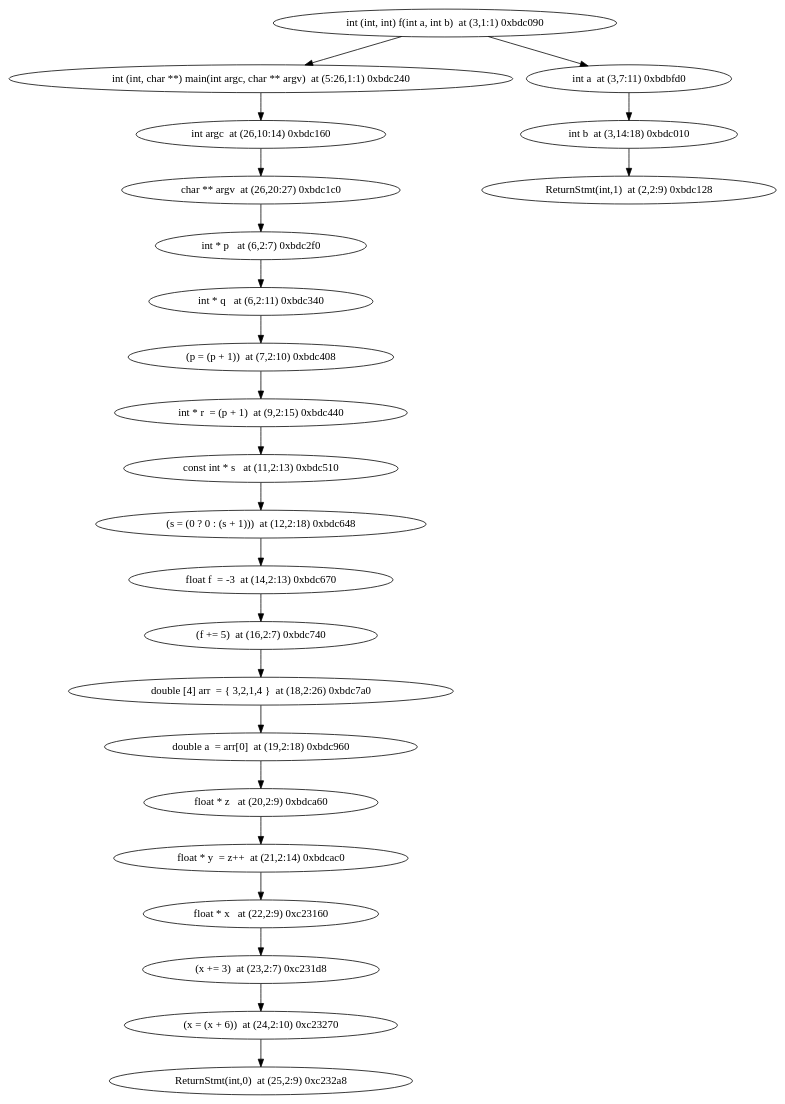
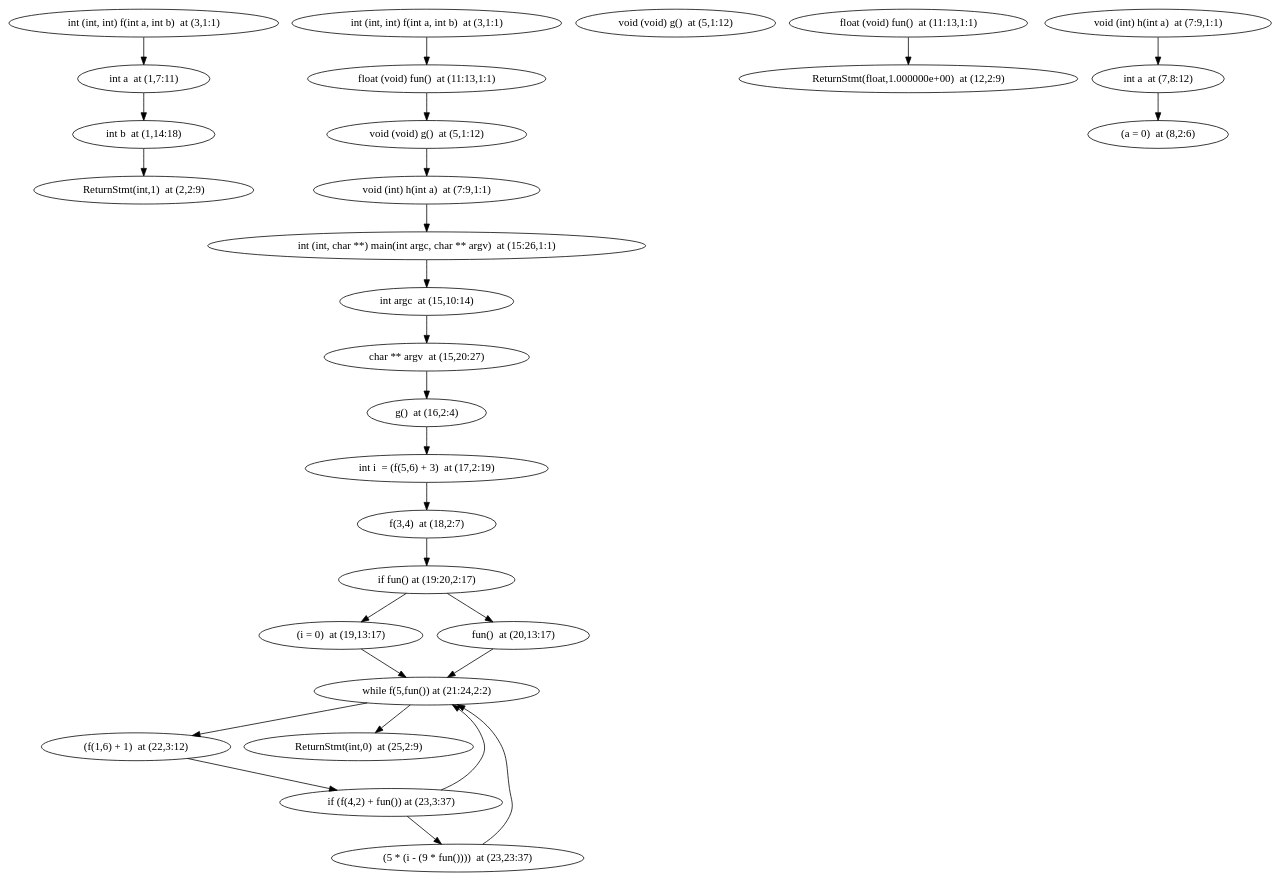
The diagram in ModelChecker/unitary_tests/Model_checker/test.dot (jxw1102/Projet-merou), drawn with Graphviz before and after one commit. The commit also changed 12 other files, not shown here.

```diff
--- a/ModelChecker/unitary_tests/Model_checker/test.dot
+++ b/ModelChecker/unitary_tests/Model_checker/test.dot
@@ -1,26 +1,33 @@
 digraph {
-"int (int, int) f(int a, int b)  at (3,1:1) 0xbdc090" -> "int (int, char **) main(int argc, char ** argv)  at (5:26,1:1) 0xbdc240"
-"int (int, char **) main(int argc, char ** argv)  at (5:26,1:1) 0xbdc240" -> "int argc  at (26,10:14) 0xbdc160"
-"int argc  at (26,10:14) 0xbdc160" -> "char ** argv  at (26,20:27) 0xbdc1c0"
-"char ** argv  at (26,20:27) 0xbdc1c0" -> "int * p   at (6,2:7) 0xbdc2f0"
-"int * p   at (6,2:7) 0xbdc2f0" -> "int * q   at (6,2:11) 0xbdc340"
-"int * q   at (6,2:11) 0xbdc340" -> "(p = (p + 1))  at (7,2:10) 0xbdc408"
-"(p = (p + 1))  at (7,2:10) 0xbdc408" -> "int * r  = (p + 1)  at (9,2:15) 0xbdc440"
-"int * r  = (p + 1)  at (9,2:15) 0xbdc440" -> "const int * s   at (11,2:13) 0xbdc510"
-"const int * s   at (11,2:13) 0xbdc510" -> "(s = (0 ? 0 : (s + 1)))  at (12,2:18) 0xbdc648"
-"(s = (0 ? 0 : (s + 1)))  at (12,2:18) 0xbdc648" -> "float f  = -3  at (14,2:13) 0xbdc670"
-"float f  = -3  at (14,2:13) 0xbdc670" -> "(f += 5)  at (16,2:7) 0xbdc740"
-"(f += 5)  at (16,2:7) 0xbdc740" -> "double [4] arr  = { 3,2,1,4 }  at (18,2:26) 0xbdc7a0"
-"double [4] arr  = { 3,2,1,4 }  at (18,2:26) 0xbdc7a0" -> "double a  = arr[0]  at (19,2:18) 0xbdc960"
-"double a  = arr[0]  at (19,2:18) 0xbdc960" -> "float * z   at (20,2:9) 0xbdca60"
-"float * z   at (20,2:9) 0xbdca60" -> "float * y  = z++  at (21,2:14) 0xbdcac0"
-"float * y  = z++  at (21,2:14) 0xbdcac0" -> "float * x   at (22,2:9) 0xc23160"
-"float * x   at (22,2:9) 0xc23160" -> "(x += 3)  at (23,2:7) 0xc231d8"
-"(x += 3)  at (23,2:7) 0xc231d8" -> "(x = (x + 6))  at (24,2:10) 0xc23270"
-"(x = (x + 6))  at (24,2:10) 0xc23270" -> "ReturnStmt(int,0)  at (25,2:9) 0xc232a8"
-"ReturnStmt(int,0)  at (25,2:9) 0xc232a8"
-"int (int, int) f(int a, int b)  at (3,1:1) 0xbdc090" -> "int a  at (3,7:11) 0xbdbfd0"
-"int a  at (3,7:11) 0xbdbfd0" -> "int b  at (3,14:18) 0xbdc010"
-"int b  at (3,14:18) 0xbdc010" -> "ReturnStmt(int,1)  at (2,2:9) 0xbdc128"
-"ReturnStmt(int,1)  at (2,2:9) 0xbdc128"
+{id0x102825fd0 [label="int (int, int) f(int a, int b)  at (3,1:1)"]} -> {id0x102825e90 [label="int a  at (1,7:11)"]}
+{id0x102825e90 [label="int a  at (1,7:11)"]} -> {id0x102825f00 [label="int b  at (1,14:18)"]}
+{id0x102825f00 [label="int b  at (1,14:18)"]} -> {id0x1028260a0 [label="ReturnStmt(int,1)  at (2,2:9)"]}
+{id0x1028260a0 [label="ReturnStmt(int,1)  at (2,2:9)"]}
+{idc0x102825fd0 [label="int (int, int) f(int a, int b)  at (3,1:1)"]} -> {idc0x103047660 [label="float (void) fun()  at (11:13,1:1)"]}
+{idc0x103047660 [label="float (void) fun()  at (11:13,1:1)"]} -> {idc0x102826130 [label="void (void) g()  at (5,1:12)"]}
+{idc0x102826130 [label="void (void) g()  at (5,1:12)"]} -> {idc0x1030474d0 [label="void (int) h(int a)  at (7:9,1:1)"]}
+{idc0x1030474d0 [label="void (int) h(int a)  at (7:9,1:1)"]} -> {id0x103047910 [label="int (int, char **) main(int argc, char ** argv)  at (15:26,1:1)"]}
+{id0x103047910 [label="int (int, char **) main(int argc, char ** argv)  at (15:26,1:1)"]} -> {id0x103047770 [label="int argc  at (15,10:14)"]}
+{id0x103047770 [label="int argc  at (15,10:14)"]} -> {id0x103047840 [label="char ** argv  at (15,20:27)"]}
+{id0x103047840 [label="char ** argv  at (15,20:27)"]} -> {id0x103047a80 [label="g()  at (16,2:4)"]}
+{id0x103047a80 [label="g()  at (16,2:4)"]} -> {id0x103047ac0 [label="int i  = (f(5,6) + 3)  at (17,2:19)"]}
+{id0x103047ac0 [label="int i  = (f(5,6) + 3)  at (17,2:19)"]} -> {id0x103047d90 [label="f(3,4)  at (18,2:7)"]}
+{id0x103047d90 [label="f(3,4)  at (18,2:7)"]} -> {id0x103048000 [label="if fun() at (19:20,2:17)"]}
+{id0x103048000 [label="if fun() at (19:20,2:17)"]} -> {id0x103047f18 [label="(i = 0)  at (19,13:17)"]}
+{id0x103048000 [label="if fun() at (19:20,2:17)"]} -> {id0x103047fd8 [label="fun()  at (20,13:17)"]}
+{id0x103047f18 [label="(i = 0)  at (19,13:17)"]} -> {id0x103048818 [label="while f(5,fun()) at (21:24,2:2)"]}
+{id0x103048818 [label="while f(5,fun()) at (21:24,2:2)"]} -> {id0x103048340 [label="(f(1,6) + 1)  at (22,3:12)"]}
+{id0x103048818 [label="while f(5,fun()) at (21:24,2:2)"]} -> {id0x103048860 [label="ReturnStmt(int,0)  at (25,2:9)"]}
+{id0x103048340 [label="(f(1,6) + 1)  at (22,3:12)"]} -> {id0x1030487c0 [label="if (f(4,2) + fun()) at (23,3:37)"]}
+{id0x1030487c0 [label="if (f(4,2) + fun()) at (23,3:37)"]} -> {id0x103048818 [label="while f(5,fun()) at (21:24,2:2)"]}
+{id0x1030487c0 [label="if (f(4,2) + fun()) at (23,3:37)"]} -> {id0x103048798 [label="(5 * (i - (9 * fun())))  at (23,23:37)"]}
+{id0x103048798 [label="(5 * (i - (9 * fun())))  at (23,23:37)"]} -> {id0x103048818 [label="while f(5,fun()) at (21:24,2:2)"]}
+{id0x103048860 [label="ReturnStmt(int,0)  at (25,2:9)"]}
+{id0x103047fd8 [label="fun()  at (20,13:17)"]} -> {id0x103048818 [label="while f(5,fun()) at (21:24,2:2)"]}
+{id0x102826130 [label="void (void) g()  at (5,1:12)"]}
+{id0x103047660 [label="float (void) fun()  at (11:13,1:1)"]} -> {id0x103047720 [label="ReturnStmt(float,1.000000e+00)  at (12,2:9)"]}
+{id0x103047720 [label="ReturnStmt(float,1.000000e+00)  at (12,2:9)"]}
+{id0x1030474d0 [label="void (int) h(int a)  at (7:9,1:1)"]} -> {id0x103047410 [label="int a  at (7,8:12)"]}
+{id0x103047410 [label="int a  at (7,8:12)"]} -> {id0x1030475c0 [label="(a = 0)  at (8,2:6)"]}
+{id0x1030475c0 [label="(a = 0)  at (8,2:6)"]}
 }
```
